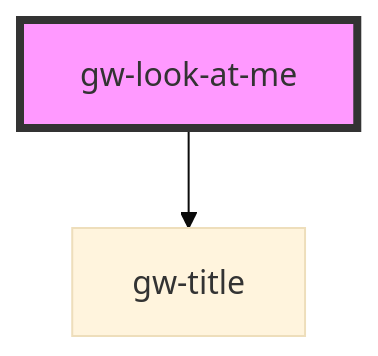
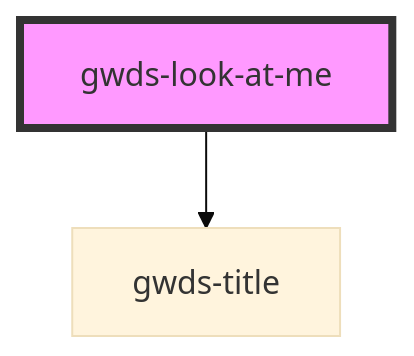
The diagram in src/components/gwds-look-at-me/readme.md (bsastregx/gwds-stenciljs), drawn with Mermaid (base theme) before and after one commit. The commit also changed other lines of this file and 6 other files, not shown here.

````diff
--- a/src/components/gwds-look-at-me/readme.md
+++ b/src/components/gwds-look-at-me/readme.md
@@ -35,5 +35,5 @@
 ```mermaid
 graph TD;
-  gw-look-at-me --> gw-title
-  style gw-look-at-me fill:#f9f,stroke:#333,stroke-width:4px
+  gwds-look-at-me --> gwds-title
+  style gwds-look-at-me fill:#f9f,stroke:#333,stroke-width:4px
 ```
````
